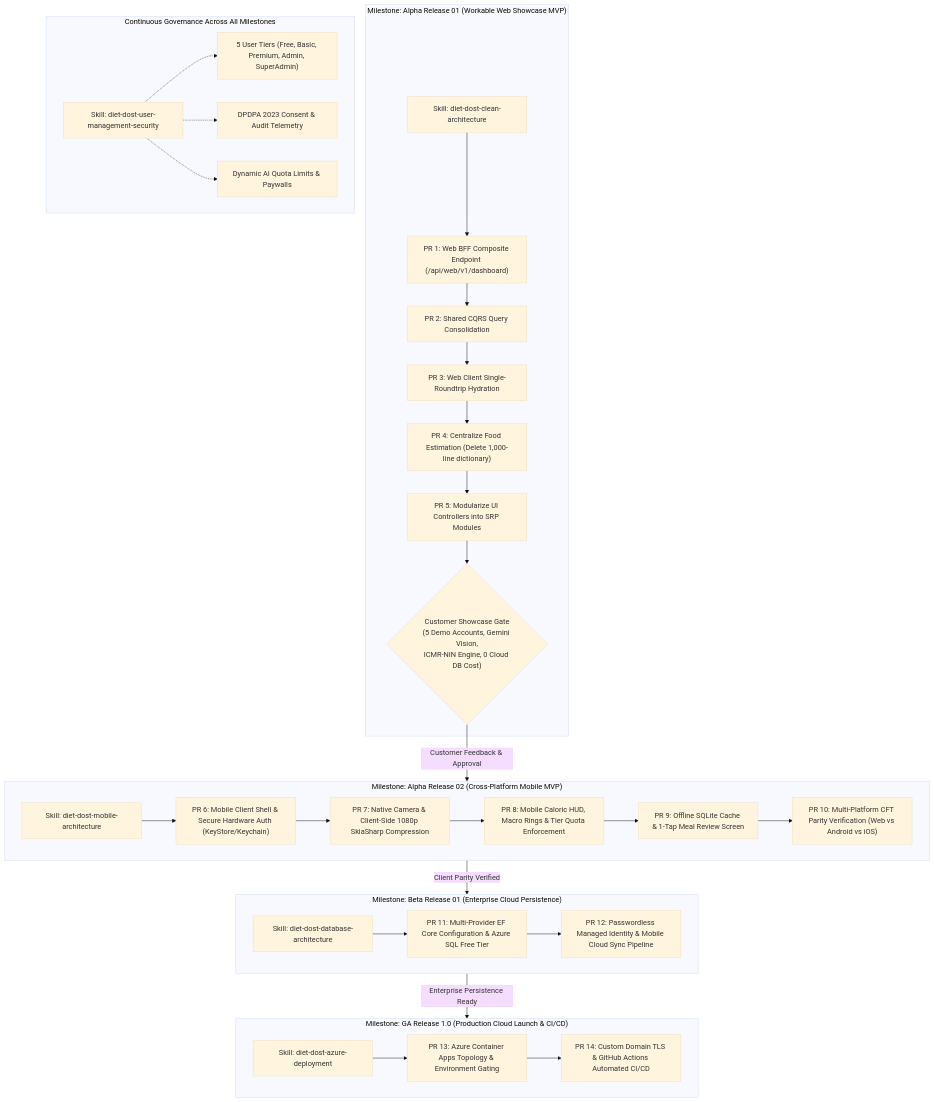
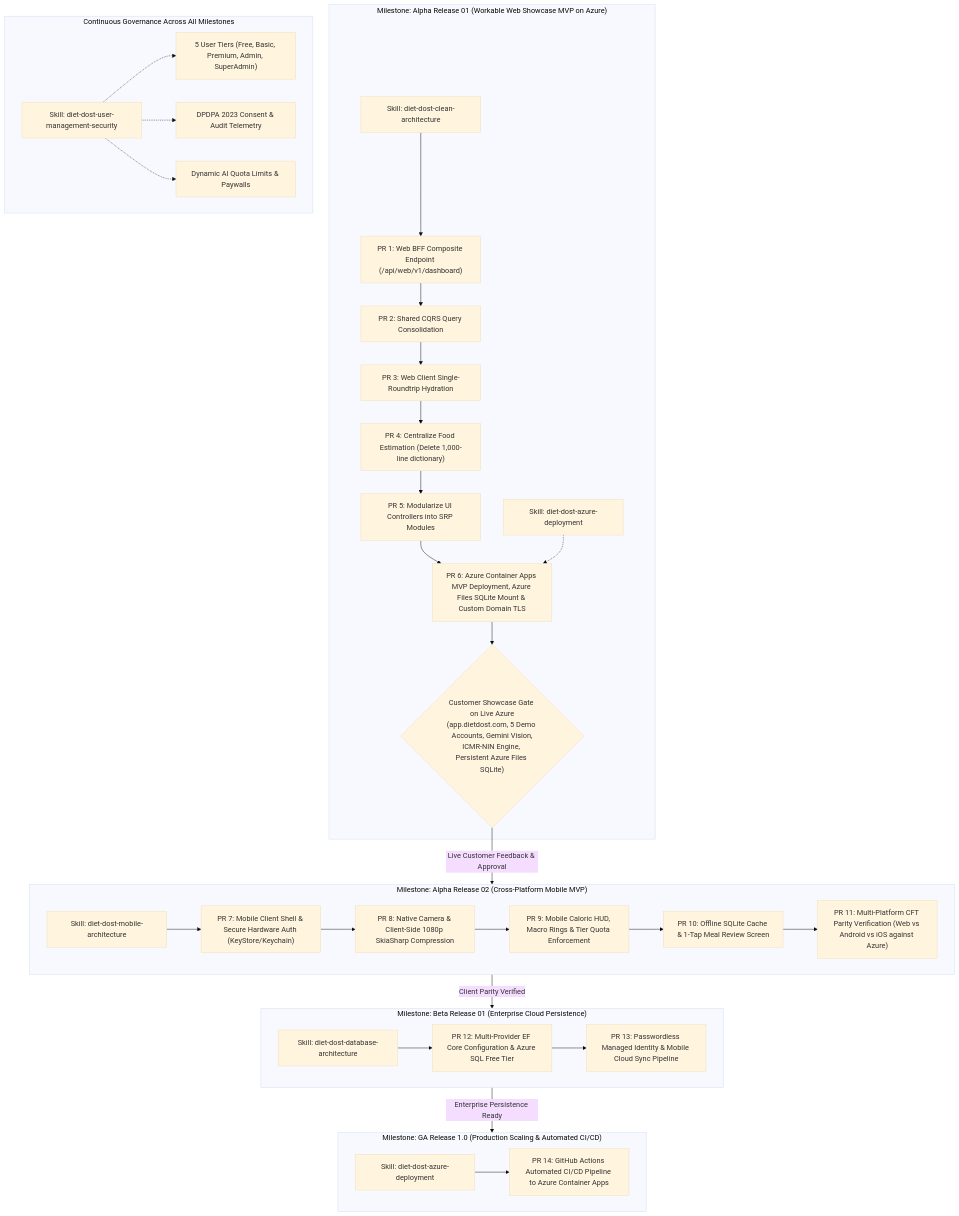
Before and after one commit to nikunjbanker/diet-dost: the diagram in docs/sdd/09_master_implementation_roadmap_and_execution_sequence.md, drawn with Mermaid (base theme). The commit also changed other lines of this file and 2 other files, not shown here.

Commit message:
docs(roadmap): integrate Azure Container Apps MVP deployment with custom domain TLS into Phase 1

````diff
--- a/docs/sdd/09_master_implementation_roadmap_and_execution_sequence.md
+++ b/docs/sdd/09_master_implementation_roadmap_and_execution_sequence.md
@@ -33,57 +34,60 @@
 ```mermaid
 graph TD
-    subgraph MILESTONE_ALPHA1 ["Milestone: Alpha Release 01 (Workable Web Showcase MVP)"]
+    subgraph MILESTONE_ALPHA1 ["Milestone: Alpha Release 01 (Workable Web Showcase MVP on Azure)"]
         SKILL_CLEAN["Skill: diet-dost-clean-architecture"]
+        SKILL_DEPLOY_ALPHA["Skill: diet-dost-azure-deployment"]
         PR1["PR 1: Web BFF Composite Endpoint (/api/web/v1/dashboard)"]
         PR2["PR 2: Shared CQRS Query Consolidation"]
         PR3["PR 3: Web Client Single-Roundtrip Hydration"]
         PR4["PR 4: Centralize Food Estimation (Delete 1,000-line dictionary)"]
         PR5["PR 5: Modularize UI Controllers into SRP Modules"]
+        PR6["PR 6: Azure Container Apps MVP Deployment, Azure Files SQLite Mount & Custom Domain TLS"]
         
         SKILL_CLEAN --> PR1 --> PR2 --> PR3 --> PR4 --> PR5
-        DEMO_GATE{"Customer Showcase Gate\n(5 Demo Accounts, Gemini Vision,\nICMR-NIN Engine, 0 Cloud DB Cost)"}
-        PR5 --> DEMO_GATE
+        PR5 --> PR6
+        SKILL_DEPLOY_ALPHA -.-> PR6
+        DEMO_GATE{"Customer Showcase Gate on Live Azure\n(app.dietdost.com, 5 Demo Accounts, Gemini Vision,\nICMR-NIN Engine, Persistent Azure Files SQLite)"}
+        PR6 --> DEMO_GATE
     end
 
     subgraph MILESTONE_ALPHA2 ["Milestone: Alpha Release 02 (Cross-Platform Mobile MVP)"]
         SKILL_MOBILE["Skill: diet-dost-mobile-architecture"]
-        PR6["PR 6: Mobile Client Shell & Secure Hardware Auth (KeyStore/Keychain)"]
-        PR7["PR 7: Native Camera & Client-Side 1080p SkiaSharp Compression"]
-        PR8["PR 8: Mobile Caloric HUD, Macro Rings & Tier Quota Enforcement"]
-        PR9["PR 9: Offline SQLite Cache & 1-Tap Meal Review Screen"]
-        PR10["PR 10: Multi-Platform CFT Parity Verification (Web vs Android vs iOS)"]
+        PR7["PR 7: Mobile Client Shell & Secure Hardware Auth (KeyStore/Keychain)"]
+        PR8["PR 8: Native Camera & Client-Side 1080p SkiaSharp Compression"]
+        PR9["PR 9: Mobile Caloric HUD, Macro Rings & Tier Quota Enforcement"]
+        PR10["PR 10: Offline SQLite Cache & 1-Tap Meal Review Screen"]
+        PR11["PR 11: Multi-Platform CFT Parity Verification (Web vs Android vs iOS against Azure)"]
 
-        SKILL_MOBILE --> PR6 --> PR7 --> PR8 --> PR9 --> PR10
+        SKILL_MOBILE --> PR7 --> PR8 --> PR9 --> PR10 --> PR11
     end
 
     subgraph MILESTONE_BETA1 ["Milestone: Beta Release 01 (Enterprise Cloud Persistence)"]
         SKILL_DB["Skill: diet-dost-database-architecture"]
-        PR11["PR 11: Multi-Provider EF Core Configuration & Azure SQL Free Tier"]
-        PR12["PR 12: Passwordless Managed Identity & Mobile Cloud Sync Pipeline"]
+        PR12["PR 12: Multi-Provider EF Core Configuration & Azure SQL Free Tier"]
+        PR13["PR 13: Passwordless Managed Identity & Mobile Cloud Sync Pipeline"]
 
-        SKILL_DB --> PR11 --> PR12
+        SKILL_DB --> PR12 --> PR13
     end
 
-    subgraph MILESTONE_GA1 ["Milestone: GA Release 1.0 (Production Cloud Launch & CI/CD)"]
+    subgraph MILESTONE_GA1 ["Milestone: GA Release 1.0 (Production Scaling & Automated CI/CD)"]
         SKILL_DEPLOY["Skill: diet-dost-azure-deployment"]
-        PR13["PR 13: Azure Container Apps Topology & Environment Gating"]
-        PR14["PR 14: Custom Domain TLS & GitHub Actions Automated CI/CD"]
+        PR14["PR 14: GitHub Actions Automated CI/CD Pipeline to Azure Container Apps"]
 
-        SKILL_DEPLOY --> PR13 --> PR14
+        SKILL_DEPLOY --> PR14
     end
 
     subgraph GOVERNANCE ["Continuous Governance Across All Milestones"]
         SKILL_SEC["Skill: diet-dost-user-management-security"]
         GOV1["5 User Tiers (Free, Basic, Premium, Admin, SuperAdmin)"]
         GOV2["DPDPA 2023 Consent & Audit Telemetry"]
         GOV3["Dynamic AI Quota Limits & Paywalls"]
         
         SKILL_SEC -.-> GOV1
         SKILL_SEC -.-> GOV2
         SKILL_SEC -.-> GOV3
     end
 
-    DEMO_GATE -->|"Customer Feedback & Approval"| MILESTONE_ALPHA2
+    DEMO_GATE -->|"Live Customer Feedback & Approval"| MILESTONE_ALPHA2
     MILESTONE_ALPHA2 -->|"Client Parity Verified"| MILESTONE_BETA1
     MILESTONE_BETA1 -->|"Enterprise Persistence Ready"| MILESTONE_GA1
 ```
````
